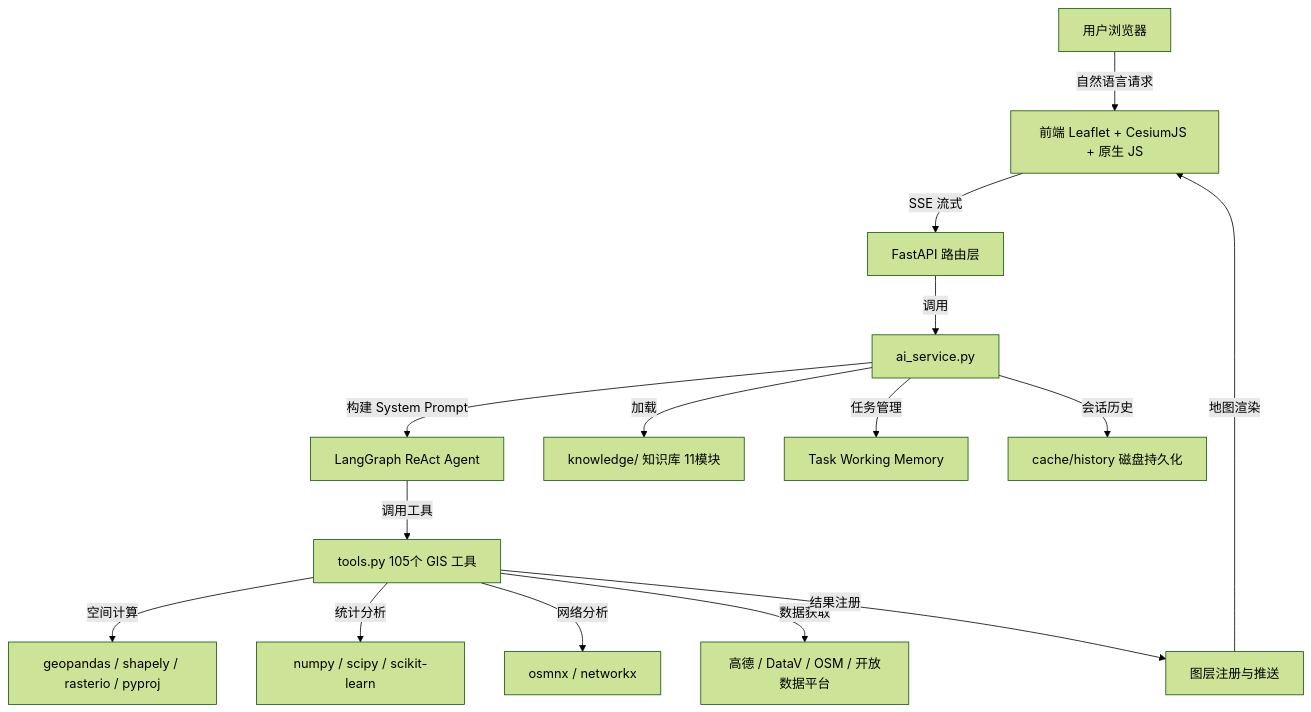
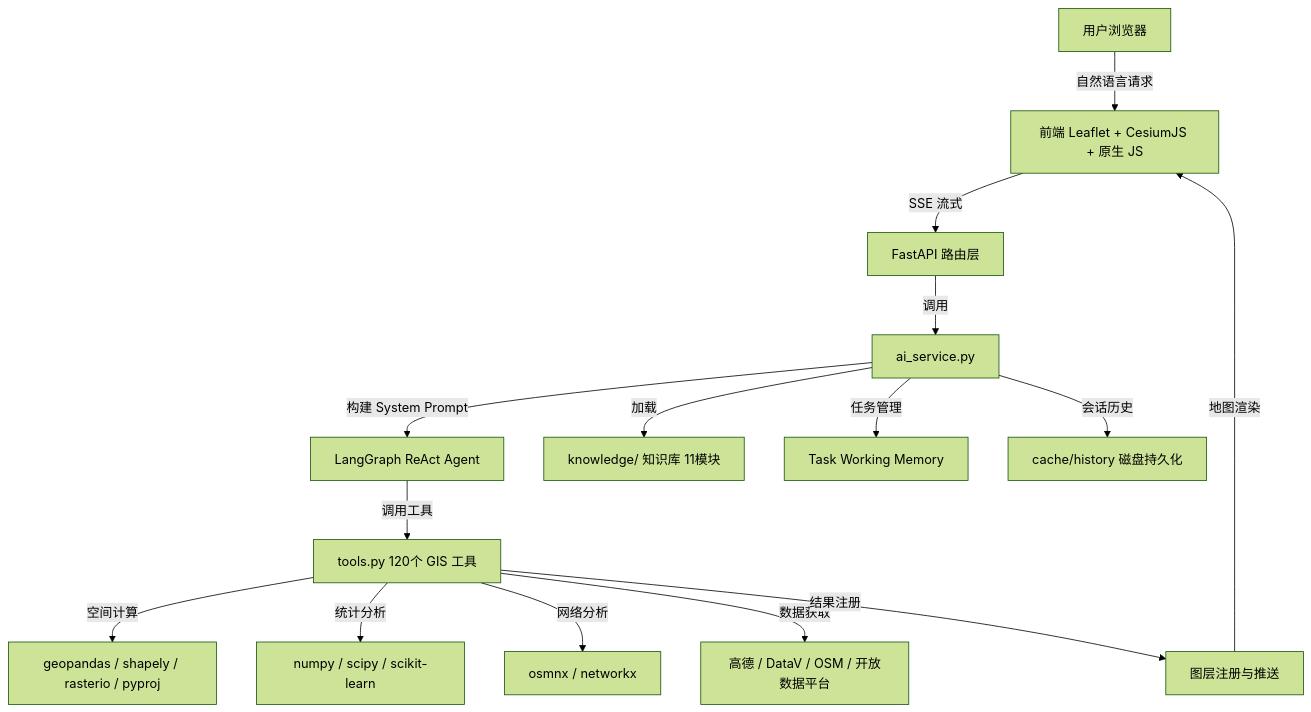
Before and after one commit to Wukeeeeee/GIS-WORKTABLE: the diagram in README.md, drawn with Mermaid (forest theme). The commit also changed other lines of this file and 38 other files, not shown here.

````diff
--- a/README.md
+++ b/README.md
@@ -89,17 +99,17 @@
 ```mermaid
 graph TB
     User[用户浏览器] -->|自然语言请求| Frontend[前端 Leaflet + CesiumJS + 原生 JS]
     Frontend -->|SSE 流式| API[FastAPI 路由层]
     API -->|调用| AIService[ai_service.py]
     AIService -->|构建 System Prompt| Graph[LangGraph ReAct Agent]
     AIService -->|加载| KB[knowledge/ 知识库 11模块]
-    Graph -->|调用工具| Tools[tools.py 105个 GIS 工具]
+    Graph -->|调用工具| Tools[tools.py 120个 GIS 工具]
     Tools -->|空间计算| GeoStack[geopandas / shapely / rasterio / pyproj]
     Tools -->|统计分析| StatsStack[numpy / scipy / scikit-learn]
     Tools -->|网络分析| NetworkStack[osmnx / networkx]
     Tools -->|数据获取| DataSources[高德 / DataV / OSM / 开放数据平台]
     Tools -->|结果注册| LayerState[图层注册与推送]
     LayerState -->|地图渲染| Frontend
     AIService -->|任务管理| TaskManager[Task Working Memory]
     AIService -->|会话历史| History[cache/history 磁盘持久化]
 ```
````
